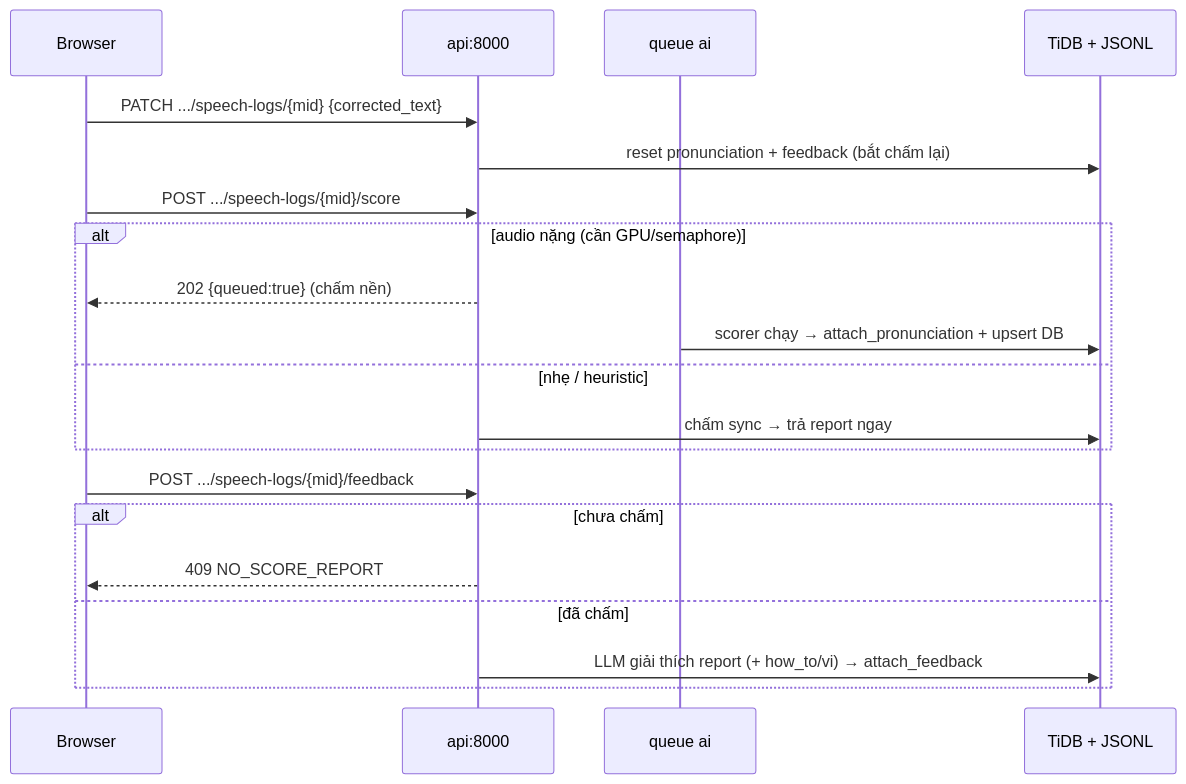
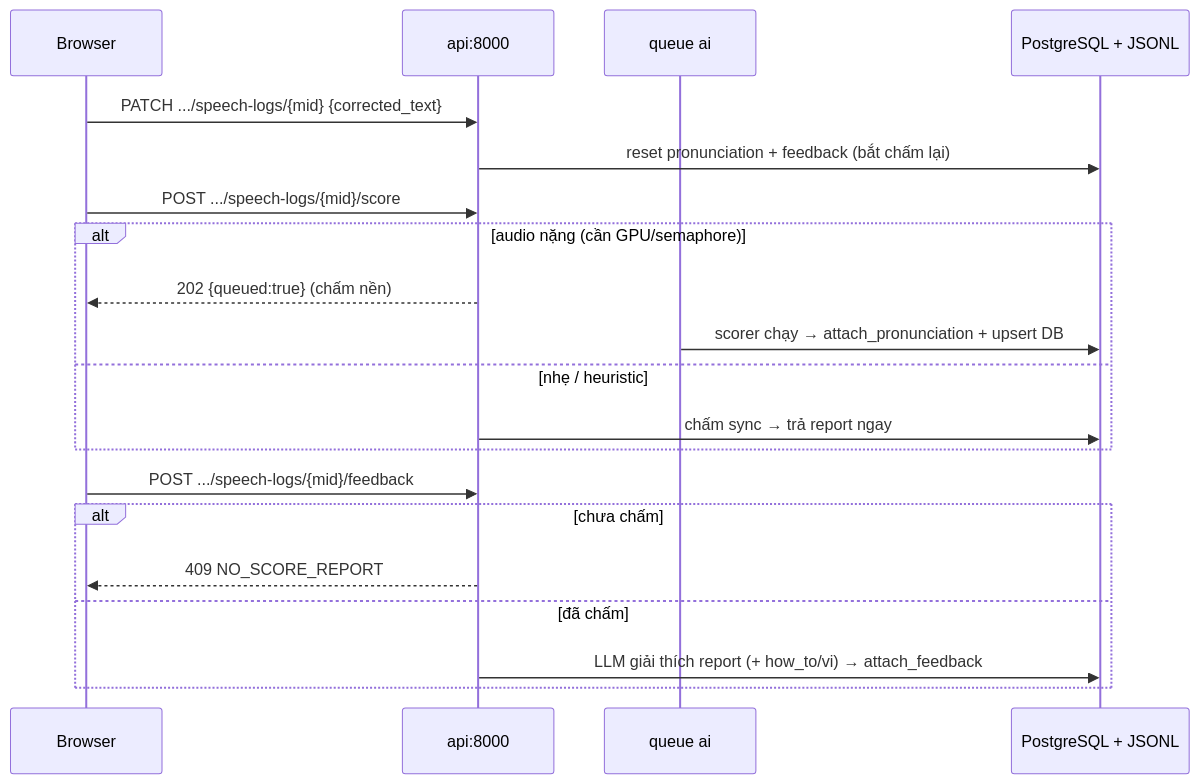
Before and after one commit to bexanhtuoi/E-Room: the seventh of 14 diagrams in docs/workflow.md, drawn with Mermaid. The commit also changed 12 other files, not shown here.

Commit message:
feat: chuyen TiDB sang PostgreSQL 16

````diff
--- a/docs/workflow.md
+++ b/docs/workflow.md
@@ -108,22 +108,22 @@
 ```mermaid
 sequenceDiagram
     participant U as Browser
     participant A as api:8000
     participant Q as queue ai
-    participant DB as TiDB + JSONL
+    participant DB as PostgreSQL + JSONL
     U->>A: PATCH .../speech-logs/{mid} {corrected_text}
     A->>DB: reset pronunciation + feedback (bắt chấm lại)
     U->>A: POST .../speech-logs/{mid}/score
     alt audio nặng (cần GPU/semaphore)
         A-->>U: 202 {queued:true} (chấm nền)
         Q->>DB: scorer chạy → attach_pronunciation + upsert DB
     else nhẹ / heuristic
         A->>DB: chấm sync → trả report ngay
     end
     U->>A: POST .../speech-logs/{mid}/feedback
     alt chưa chấm
         A-->>U: 409 NO_SCORE_REPORT
     else đã chấm
         A->>DB: LLM giải thích report (+ how_to/vi) → attach_feedback
     end
 ```
````
